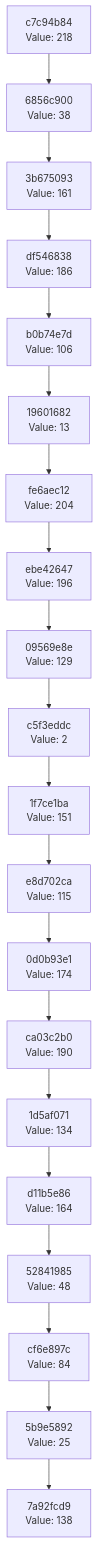
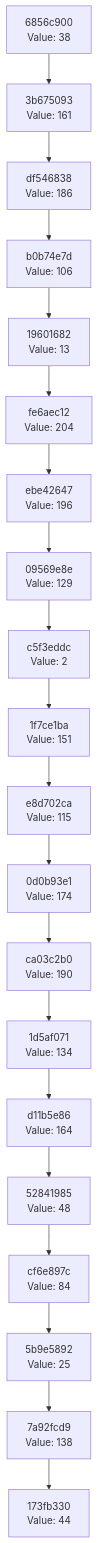
One commit to Abhisheksinha1506/hash-chain-evolver changed the diagram in docs/CHAIN_VISUALIZATION.md. Above: the diagram before and after it, drawn with Mermaid. The commit also changed 2 other files, not shown here.

Commit message:
Evolution step: hash 0x2C → action executed

````diff
--- a/docs/CHAIN_VISUALIZATION.md
+++ b/docs/CHAIN_VISUALIZATION.md
@@ -3,42 +3,42 @@
 ```mermaid
 graph TD
-    C0["7a92fcd9<br/>Value: 138"]
-    C1["5b9e5892<br/>Value: 25"]
+    C0["173fb330<br/>Value: 44"]
+    C1["7a92fcd9<br/>Value: 138"]
     C1 --> C0
-    C2["cf6e897c<br/>Value: 84"]
+    C2["5b9e5892<br/>Value: 25"]
     C2 --> C1
-    C3["52841985<br/>Value: 48"]
+    C3["cf6e897c<br/>Value: 84"]
     C3 --> C2
-    C4["d11b5e86<br/>Value: 164"]
+    C4["52841985<br/>Value: 48"]
     C4 --> C3
-    C5["1d5af071<br/>Value: 134"]
+    C5["d11b5e86<br/>Value: 164"]
     C5 --> C4
-    C6["ca03c2b0<br/>Value: 190"]
+    C6["1d5af071<br/>Value: 134"]
     C6 --> C5
-    C7["0d0b93e1<br/>Value: 174"]
+    C7["ca03c2b0<br/>Value: 190"]
     C7 --> C6
-    C8["e8d702ca<br/>Value: 115"]
+    C8["0d0b93e1<br/>Value: 174"]
     C8 --> C7
-    C9["1f7ce1ba<br/>Value: 151"]
+    C9["e8d702ca<br/>Value: 115"]
     C9 --> C8
-    C10["c5f3eddc<br/>Value: 2"]
+    C10["1f7ce1ba<br/>Value: 151"]
     C10 --> C9
-    C11["09569e8e<br/>Value: 129"]
+    C11["c5f3eddc<br/>Value: 2"]
     C11 --> C10
-    C12["ebe42647<br/>Value: 196"]
+    C12["09569e8e<br/>Value: 129"]
     C12 --> C11
-    C13["fe6aec12<br/>Value: 204"]
+    C13["ebe42647<br/>Value: 196"]
     C13 --> C12
-    C14["19601682<br/>Value: 13"]
+    C14["fe6aec12<br/>Value: 204"]
     C14 --> C13
-    C15["b0b74e7d<br/>Value: 106"]
+    C15["19601682<br/>Value: 13"]
     C15 --> C14
-    C16["df546838<br/>Value: 186"]
+    C16["b0b74e7d<br/>Value: 106"]
     C16 --> C15
-    C17["3b675093<br/>Value: 161"]
+    C17["df546838<br/>Value: 186"]
     C17 --> C16
-    C18["6856c900<br/>Value: 38"]
+    C18["3b675093<br/>Value: 161"]
     C18 --> C17
-    C19["c7c94b84<br/>Value: 218"]
+    C19["6856c900<br/>Value: 38"]
     C19 --> C18
 ```
````
